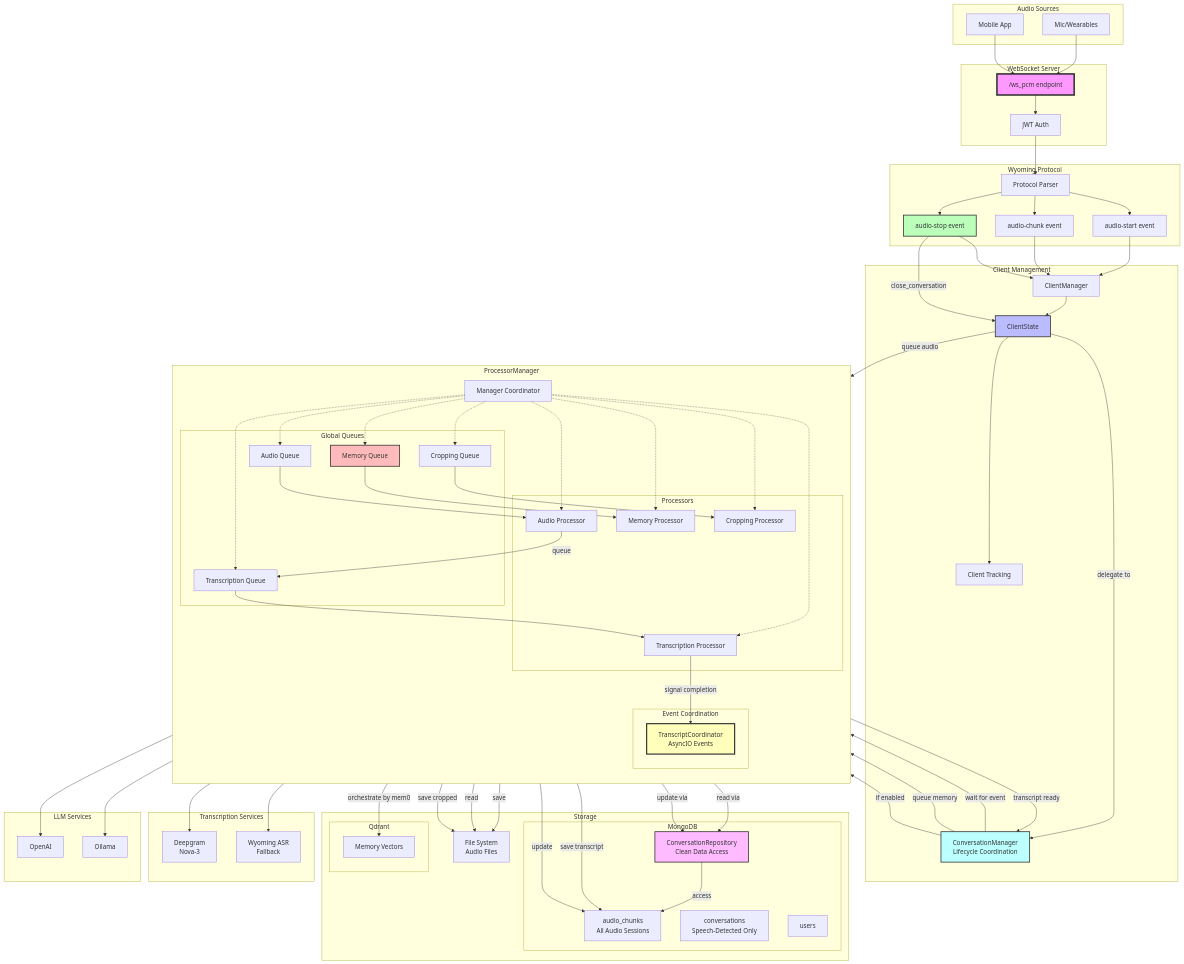
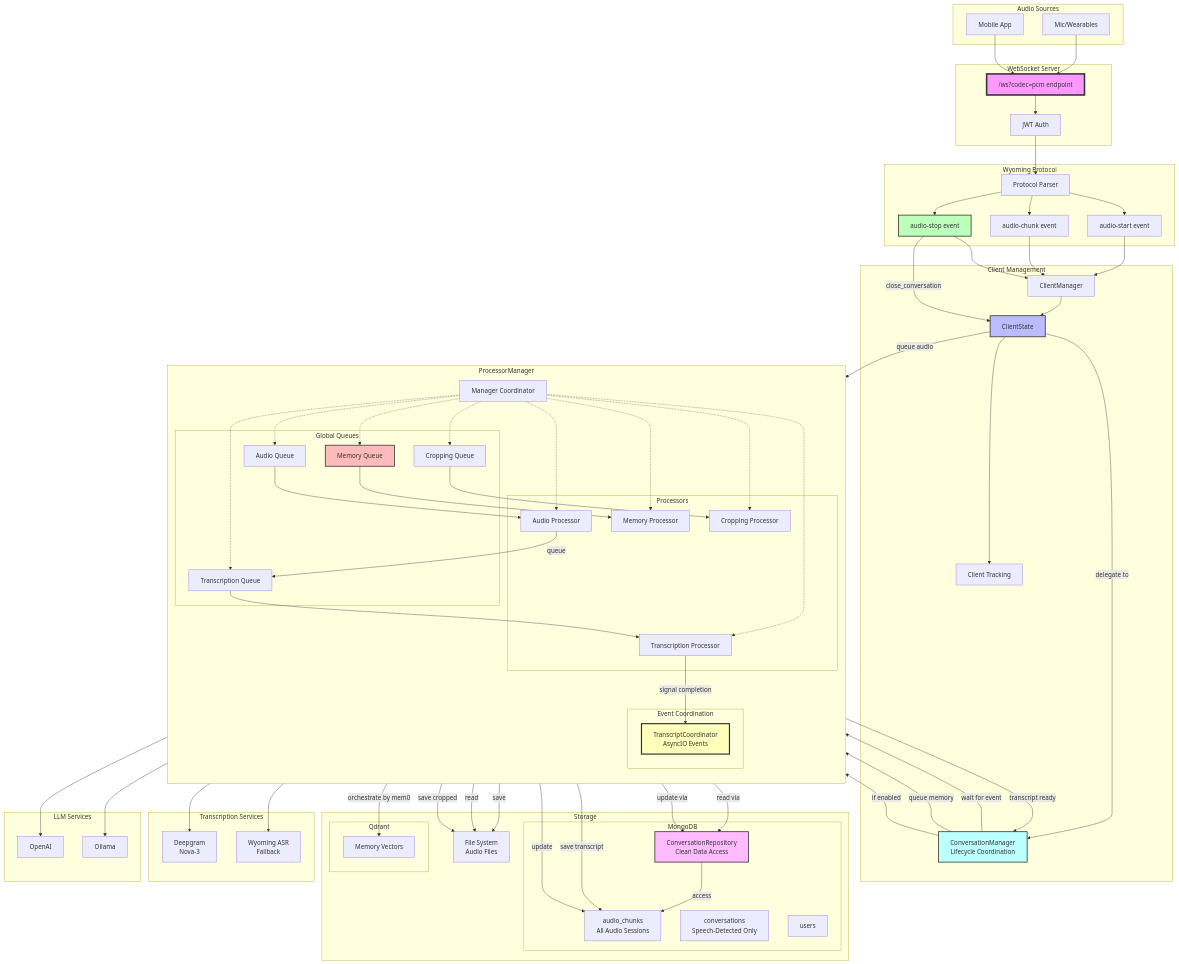
Before and after one commit to 0xrushi/friend-lite: the first of 4 diagrams in backends/advanced/Docs/architecture.md, drawn with Mermaid. The commit also changed other lines of this file and 66 other files, not shown here.

```diff
--- a/backends/advanced/Docs/architecture.md
+++ b/backends/advanced/Docs/architecture.md
@@ -22,7 +22,7 @@
 
     %% Main WebSocket Server
     subgraph "WebSocket Server"
-        WS["/ws_pcm endpoint"]
+        WS["/ws?codec=pcm endpoint"]
         AUTH[JWT Auth]
     end
 
```
